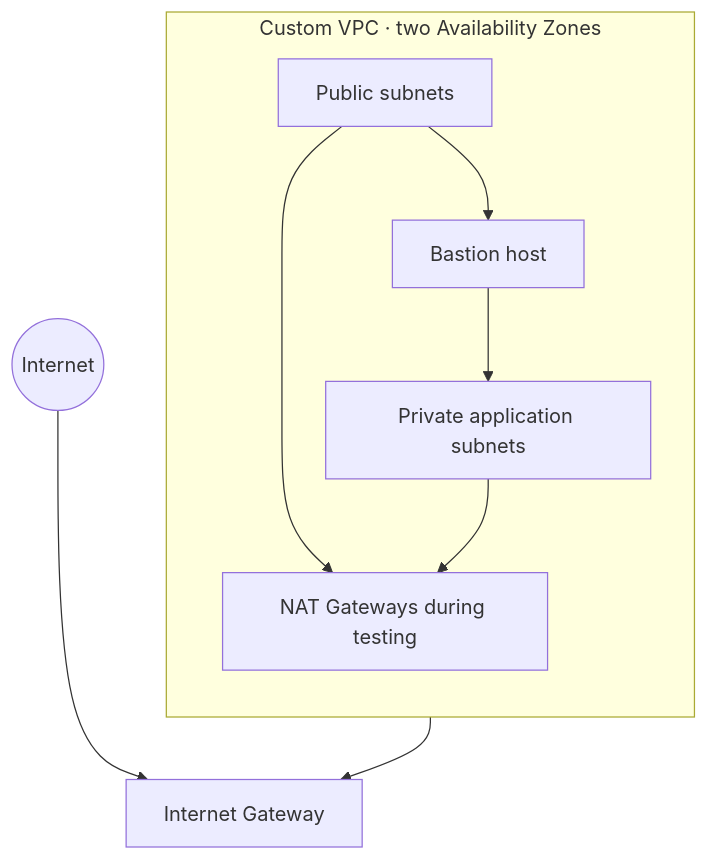
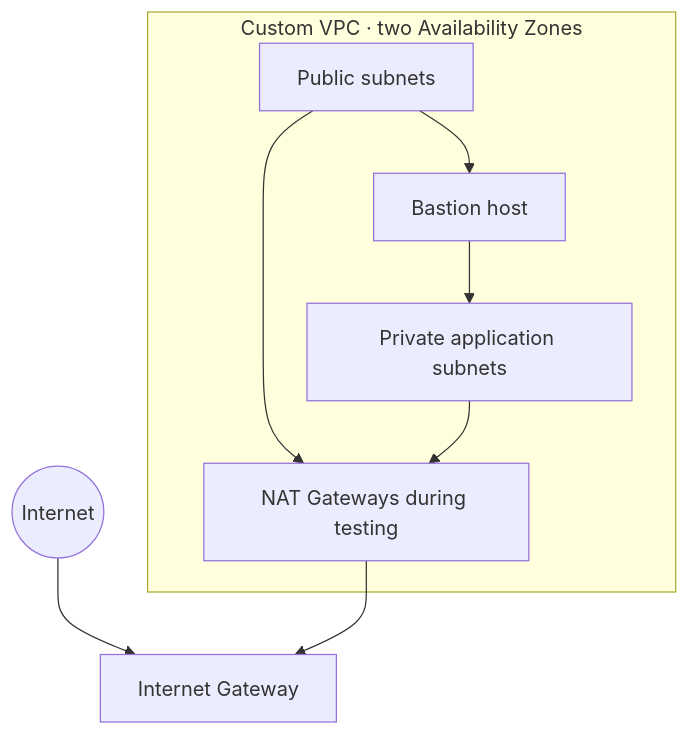
One commit to xoverlitex/aws-cloud-portfolio changed the diagram in README.md. Above: the diagram before and after it, drawn with Mermaid. The commit also changed other lines of this file, not shown here.

````diff
--- a/README.md
+++ b/README.md
@@ -16,12 +9,11 @@
 ```mermaid
 flowchart TB
   Internet((Internet)) --> IGW[Internet Gateway]
   subgraph VPC[Custom VPC · two Availability Zones]
-    direction TB
     Public[Public subnets] --> Bastion[Bastion host]
     Public --> NAT[NAT Gateways during testing]
     Bastion --> Private[Private application subnets]
     Private --> NAT
   end
   NAT --> IGW
 ```
````
